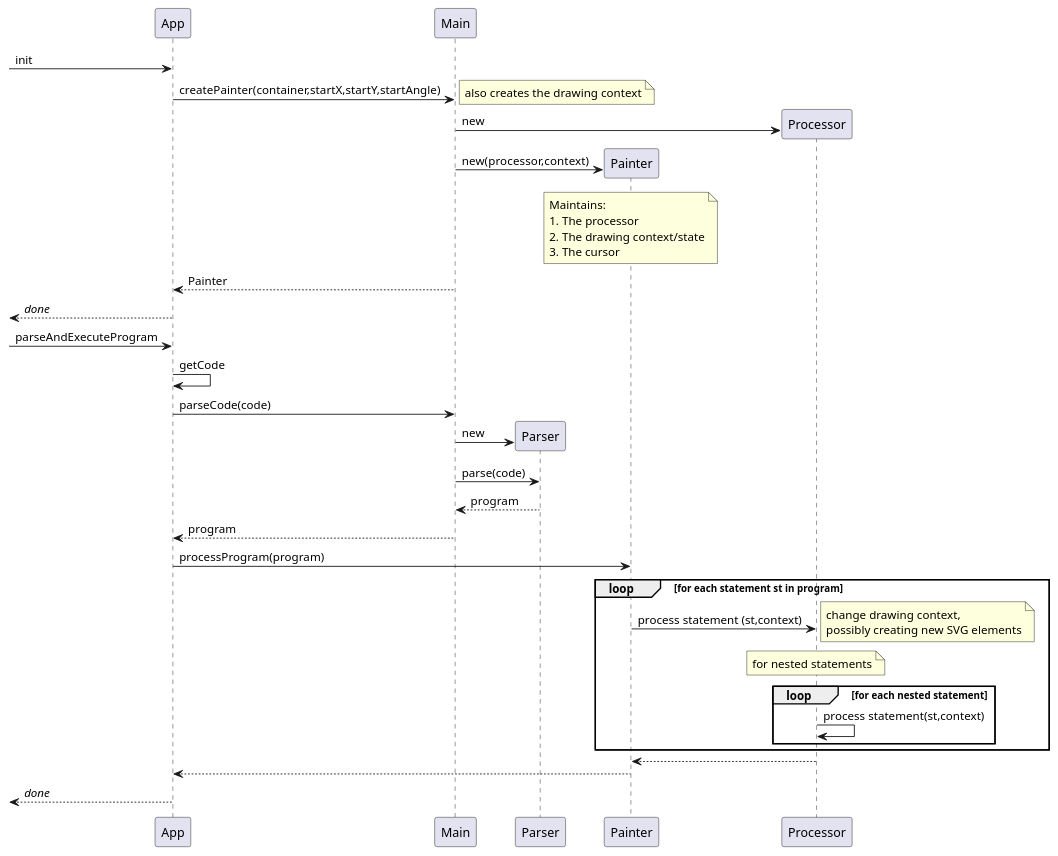
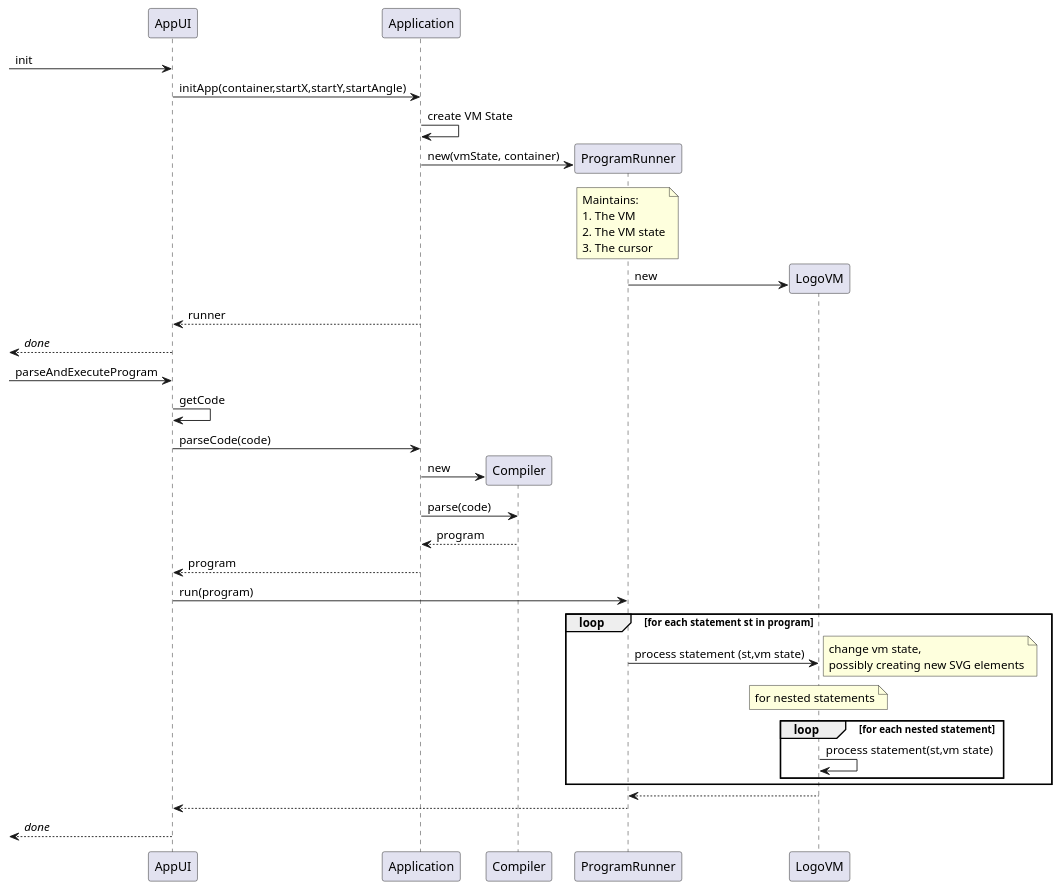
One commit to slior/LogoSVG changed the diagram in docs/general_flow.plantuml. Above: the diagram before and after it, drawn with PlantUML. The commit also changed 4 other files, not shown here.

```diff
--- a/docs/general_flow.plantuml
+++ b/docs/general_flow.plantuml
@@ -1,62 +1,65 @@
 @startuml
 skinparam linestyle ortho
 
-participant App as C
-participant Main as M
-participant Parser as Pr
-participant Painter as Pn
-participant Processor as Proc
+participant AppUI as C
+participant Application as M
+participant Compiler as Comp
+participant ProgramRunner as runner
+participant LogoVM as Proc
 
 [-> C: init
-C -> M: createPainter(container,startX,startY,startAngle)
-create Proc
-note right: also creates the drawing context
-M -> Proc: new
-create Pn
-M -> Pn: new(processor,context)
-note over Pn
+C -> M: initApp(container,startX,startY,startAngle)
+M -> M: create VM State
+
+create runner
+M -> runner: new(vmState, container)
+note over runner
   Maintains:
-  1. The processor
-  2. The drawing context/state
+  1. The VM
+  2. The VM state
   3. The cursor
 end note
-C <-- M: Painter
+
+create Proc
+runner -> Proc: new
+
+C <-- M: runner
 [<-- C: //done//
 
 
 [-> C: parseAndExecuteProgram
 
 C -> C: getCode
 
 C -> M: parseCode(code)
 
-create Pr
-M -> Pr: new
+create Comp
+M -> Comp: new
 
-M -> Pr: parse(code)
-Pr --> M: program
+M -> Comp: parse(code)
+Comp --> M: program
 M --> C: program
-C -> Pn: processProgram(program)
+C -> runner: run(program)
 loop for each statement **st** in program
-  Pn -> Proc: process statement (st,context)
+  runner -> Proc: process statement (st,vm state)
   note right
-    change drawing context, 
+    change vm state, 
     possibly creating new SVG elements
   end note
 
   note over Proc
     for nested statements
   end note
   loop for each nested statement
-    Proc -> Proc: process statement(st,context)
+    Proc -> Proc: process statement(st,vm state)
   end
 end
 
-Pn <-- Proc:   
-C <-- Pn:   
+runner <-- Proc:   
+C <-- runner:   
 
 [<-- C: //done//
 
 
 
 @enduml
```
